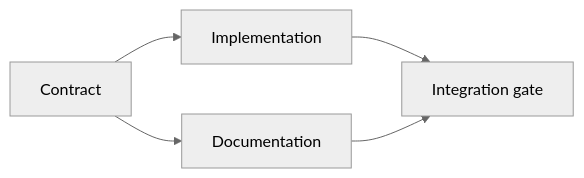
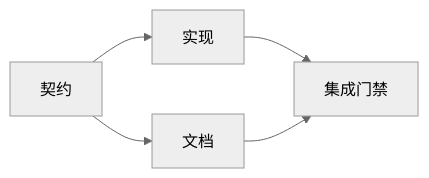
Before and after one commit to fancyboi999/ai-engineering-from-scratch-zh: the diagram in phases/14-agent-engineering/44-plan-from-evidence/docs/zh.md, drawn with Mermaid (neutral theme). The commit also changed 35 other files, not shown here.

````diff
--- a/phases/14-agent-engineering/44-plan-from-evidence/docs/zh.md
+++ b/phases/14-agent-engineering/44-plan-from-evidence/docs/zh.md
@@ -41,7 +41,7 @@
 ```mermaid
 flowchart LR
-  C[Contract] --> I[Implementation]
-  C --> D[Documentation]
-  I --> G[Integration gate]
+  C[契约] --> I[实现]
+  C --> D[文档]
+  I --> G[集成门禁]
   D --> G
 ```
````
